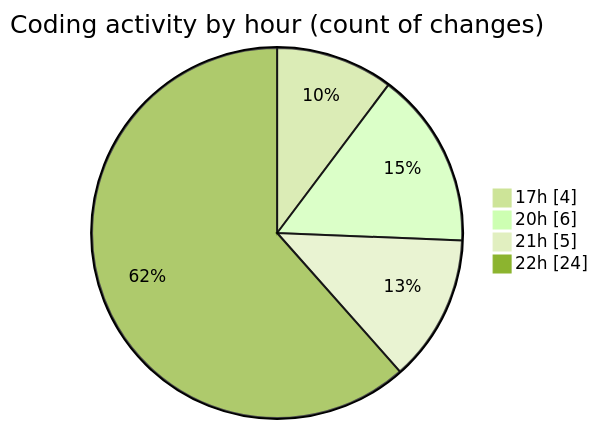
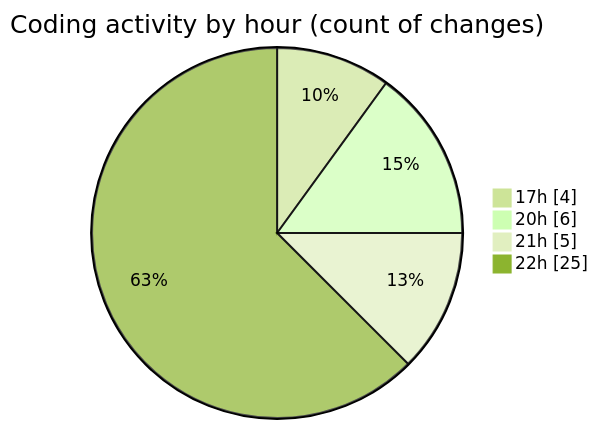
Before and after one commit to idhammustaqopulfikri/code-tracking: the second of 2 diagrams in 2025-05-16/booking/README.md, drawn with Mermaid (forest theme). The commit also changed other lines of this file and 1 other file, not shown here.

````diff
--- a/2025-05-16/booking/README.md
+++ b/2025-05-16/booking/README.md
@@ -48,8 +48,8 @@
 ```mermaid
 pie showData
 title Coding activity by hour (count of changes)
 "17h" : 4
 "20h" : 6
 "21h" : 5
-"22h" : 24
+"22h" : 25
 ```
````
